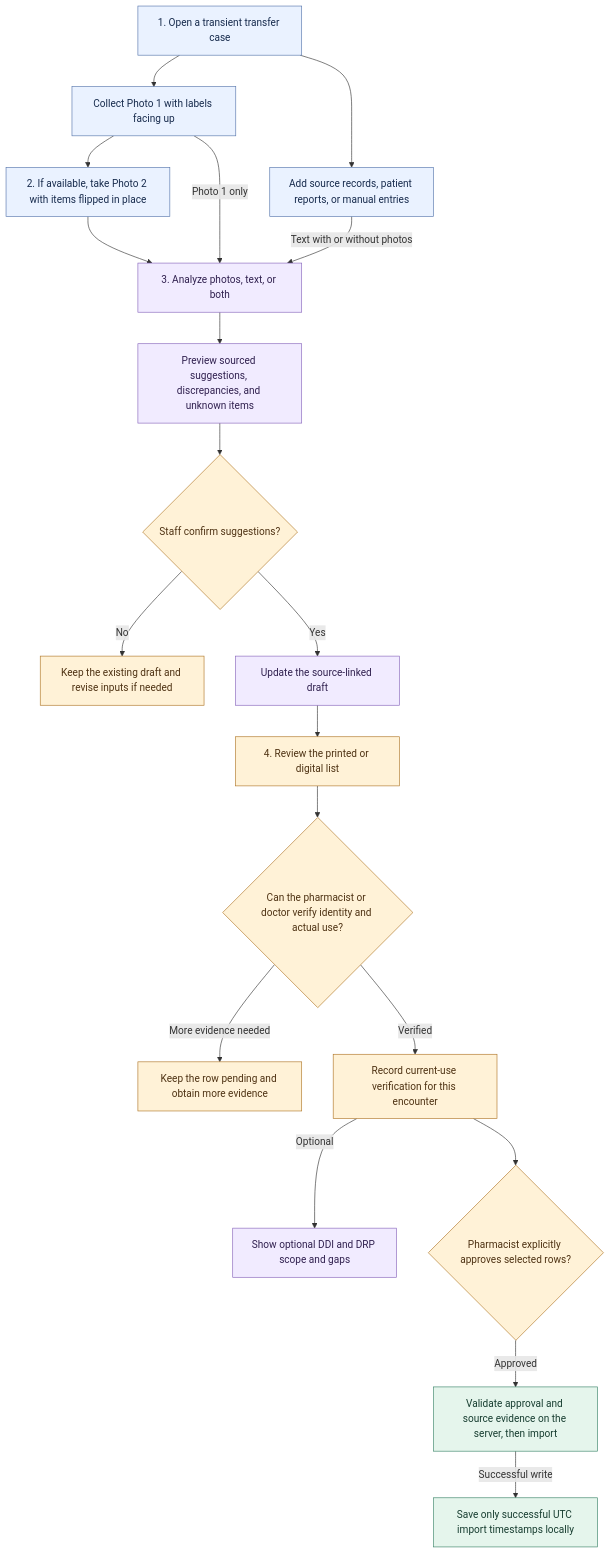
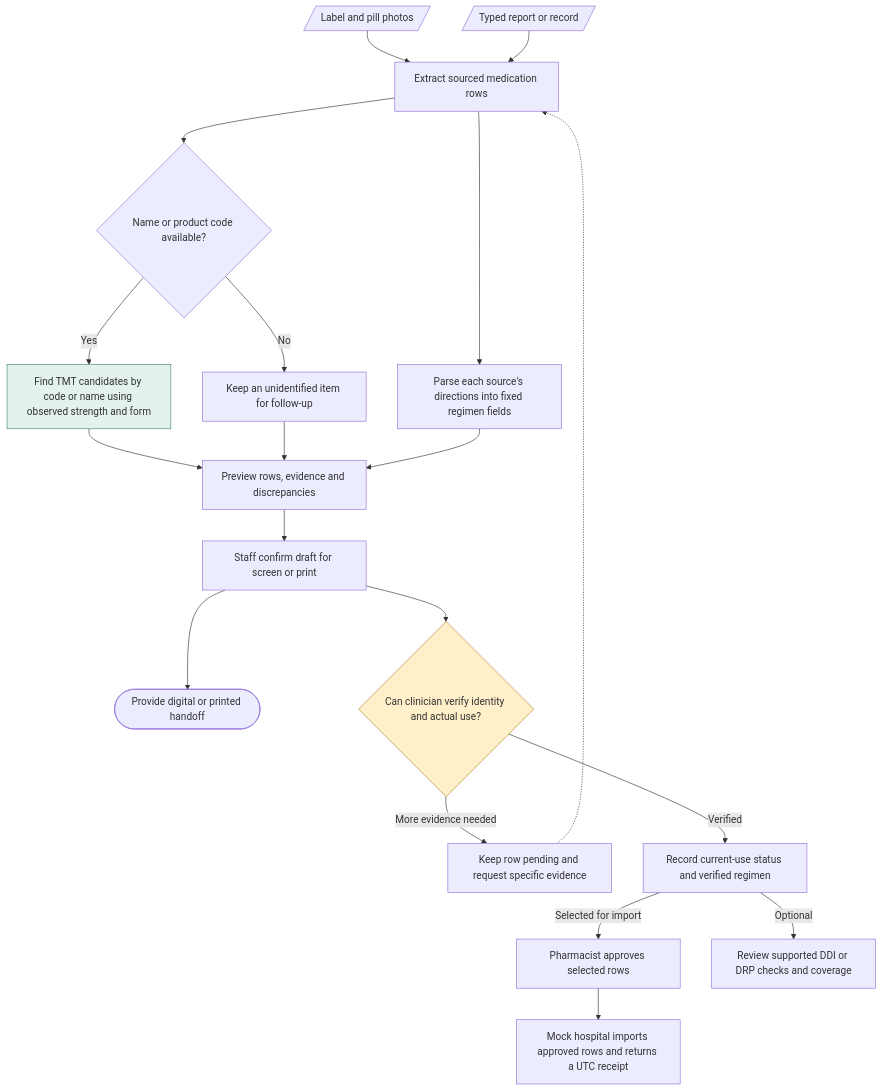
One commit to pakornds/Medication-Reader changed the diagram in docs/specs/medication-reader-v1.md. Above: the diagram before and after it, drawn with Mermaid. The commit also changed other lines of this file, not shown here.

Commit message:
Specify sourced regimen fields and TMT lookup in the reconciliation workflow

````diff
--- a/docs/specs/medication-reader-v1.md
+++ b/docs/specs/medication-reader-v1.md
@@ -13,41 +13,23 @@
 ```mermaid
 flowchart TD
-    start["1. Open a transient transfer case"]
-    label["Collect Photo 1 with labels facing up"]
-    reverse["2. If available, take Photo 2 with items flipped in place"]
-    text["Add source records, patient reports, or manual entries"]
-    agent["3. Analyze photos, text, or both"]
-    preview["Preview sourced suggestions, discrepancies, and unknown items"]
-    confirm{"Staff confirm suggestions?"}
-    revise["Keep the existing draft and revise inputs if needed"]
-    list["Update the source-linked draft"]
-    handoff["4. Review the printed or digital list"]
-    review{"Can the pharmacist or doctor verify identity and actual use?"}
-    follow["Keep the row pending and obtain more evidence"]
-    verified["Record current-use verification for this encounter"]
-    checks["Show optional DDI and DRP scope and gaps"]
-    approve{"Pharmacist explicitly approves selected rows?"}
-    save["Validate approval and source evidence on the server, then import"]
-    receipt["Save only successful UTC import timestamps locally"]
-
-    start --> label --> reverse --> agent
-    label -->|Photo 1 only| agent
-    start --> text -->|Text with or without photos| agent
-    agent --> preview --> confirm
-    confirm -->|Yes| list --> handoff --> review
-    confirm -->|No| revise
-    review -->|More evidence needed| follow
-    review -->|Verified| verified
-    verified -->|Optional| checks
-    verified --> approve
-    approve -->|Approved| save -->|Successful write| receipt
-
-    classDef evidence fill:#EAF2FF,stroke:#5675AB,color:#172B4D
-    classDef processing fill:#F1EBFF,stroke:#8765BB,color:#30204F
-    classDef human fill:#FFF2D7,stroke:#AF7627,color:#4E3213
-    classDef storage fill:#E5F5EC,stroke:#398367,color:#173D30
-    class start,label,reverse,text evidence
-    class agent,preview,list,checks processing
-    class confirm,revise,handoff,review,follow,verified,approve human
-    class save,receipt storage
+  photo[/"Label and pill photos"/] --> extract["Extract sourced medication rows"]
+  textInput[/"Typed report or record"/] --> extract
+  extract --> product{"Name or product code available?"}
+  product -->|"Yes"| lookup["Find TMT candidates by code or name using observed strength and form"]
+  product -->|"No"| unknown["Keep an unidentified item for follow-up"]
+  extract --> sig["Parse each source's directions into fixed regimen fields"]
+  lookup --> preview["Preview rows, evidence and discrepancies"]
+  unknown --> preview
+  sig --> preview
+  preview --> draft["Staff confirm draft for screen or print"]
+  draft --> handoff(["Provide digital or printed handoff"])
+  draft --> verify{"Can clinician verify identity and actual use?"}
+  verify -->|"More evidence needed"| follow["Keep row pending and request specific evidence"]
+  follow -.-> extract
+  verify -->|"Verified"| record["Record current-use status and verified regimen"]
+  record -->|Selected for import| approve["Pharmacist approves selected rows"]
+  approve --> receipt["Mock hospital imports approved rows and returns a UTC receipt"]
+  record -->|"Optional"| checks["Review supported DDI or DRP checks and coverage"]
+  style verify fill:#FFF0CA,stroke:#AE802A
+  style lookup fill:#E3F2EF,stroke:#428875
 ```
````
